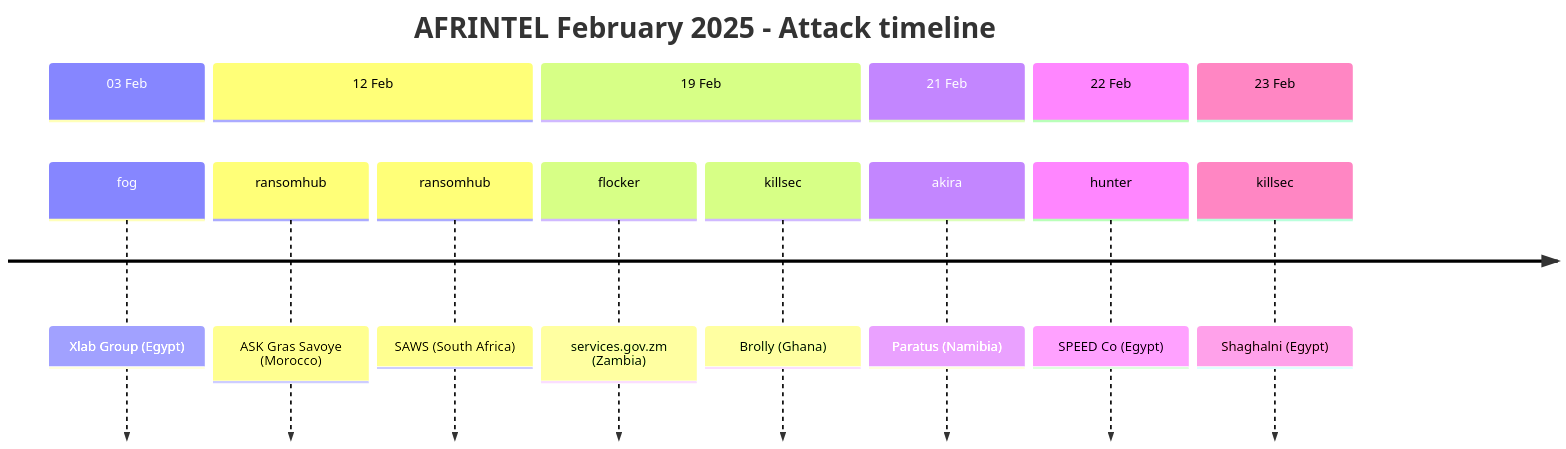
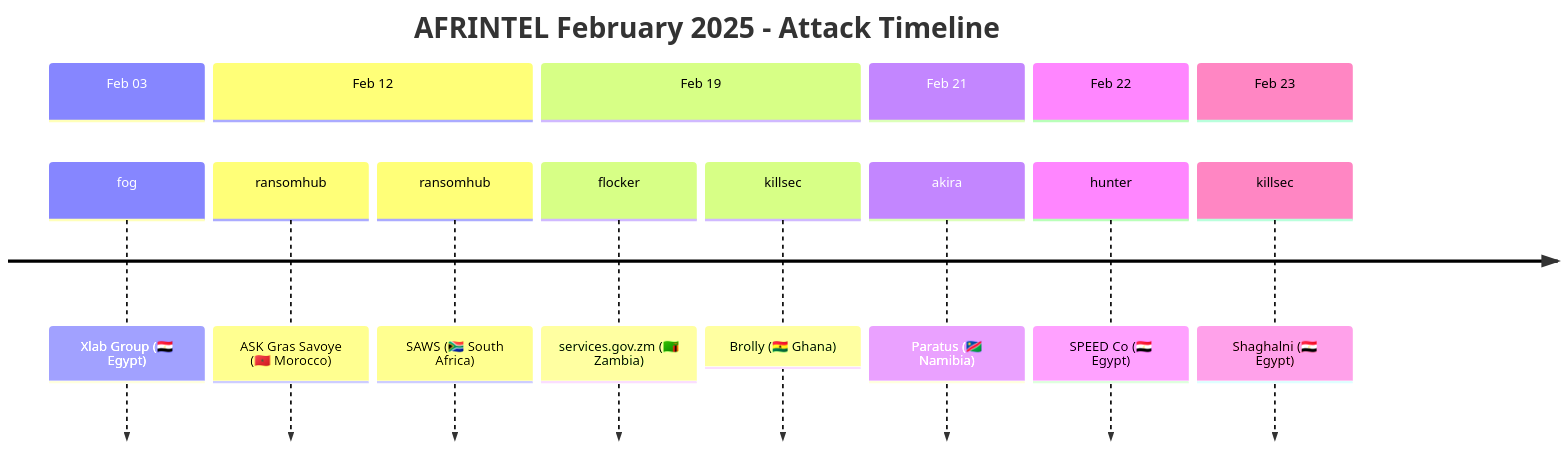
The fourth of 4 diagrams in 2025/february/report/README.md (Hatchepsoute/AFRINTEL), drawn with Mermaid before and after one commit. The commit also changed other lines of this file and 1 other file, not shown here.

Commit message:
Rapport de cyberttaque Affrique 2025 & 2026 - versions FR/EN

````diff
--- a/2025/february/report/README.md
+++ b/2025/february/report/README.md
@@ -123,19 +123,19 @@
 ```mermaid
 timeline
-    title AFRINTEL February 2025 - Attack timeline
+    title AFRINTEL February 2025 - Attack Timeline
 
-    section 03 Feb
-        fog : Xlab Group (Egypt)
-    section 12 Feb
-        ransomhub : ASK Gras Savoye (Morocco)
-        ransomhub : SAWS (South Africa)
-    section 19 Feb
-        flocker : services.gov.zm (Zambia)
-        killsec : Brolly (Ghana)
-    section 21 Feb
-        akira : Paratus (Namibia)
-    section 22 Feb
-        hunter : SPEED Co (Egypt)
-    section 23 Feb
-        killsec : Shaghalni (Egypt)
+    section Feb 03
+        fog : Xlab Group (🇪🇬 Egypt)
+    section Feb 12
+        ransomhub : ASK Gras Savoye (🇲🇦 Morocco)
+        ransomhub : SAWS (🇿🇦 South Africa)
+    section Feb 19
+        flocker : services.gov.zm (🇿🇲 Zambia)
+        killsec : Brolly (🇬🇭 Ghana)
+    section Feb 21
+        akira : Paratus (🇳🇦 Namibia)
+    section Feb 22
+        hunter : SPEED Co (🇪🇬 Egypt)
+    section Feb 23
+        killsec : Shaghalni (🇪🇬 Egypt)
 ```
````
